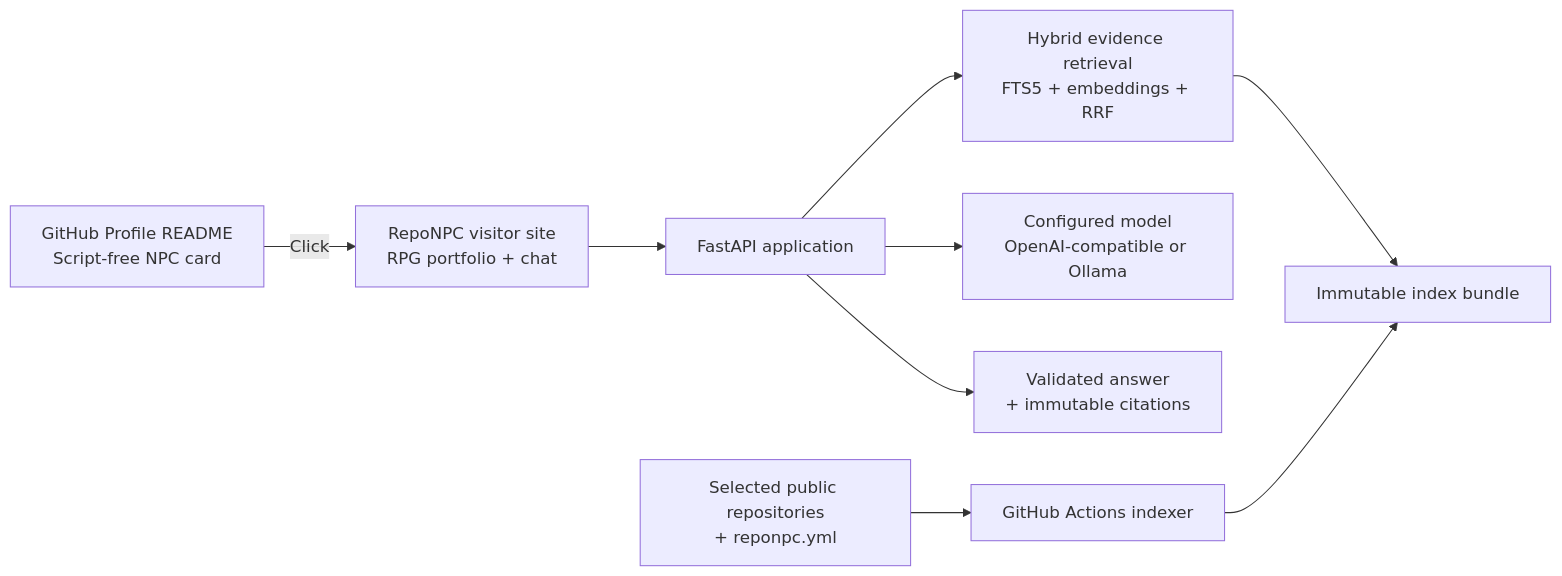
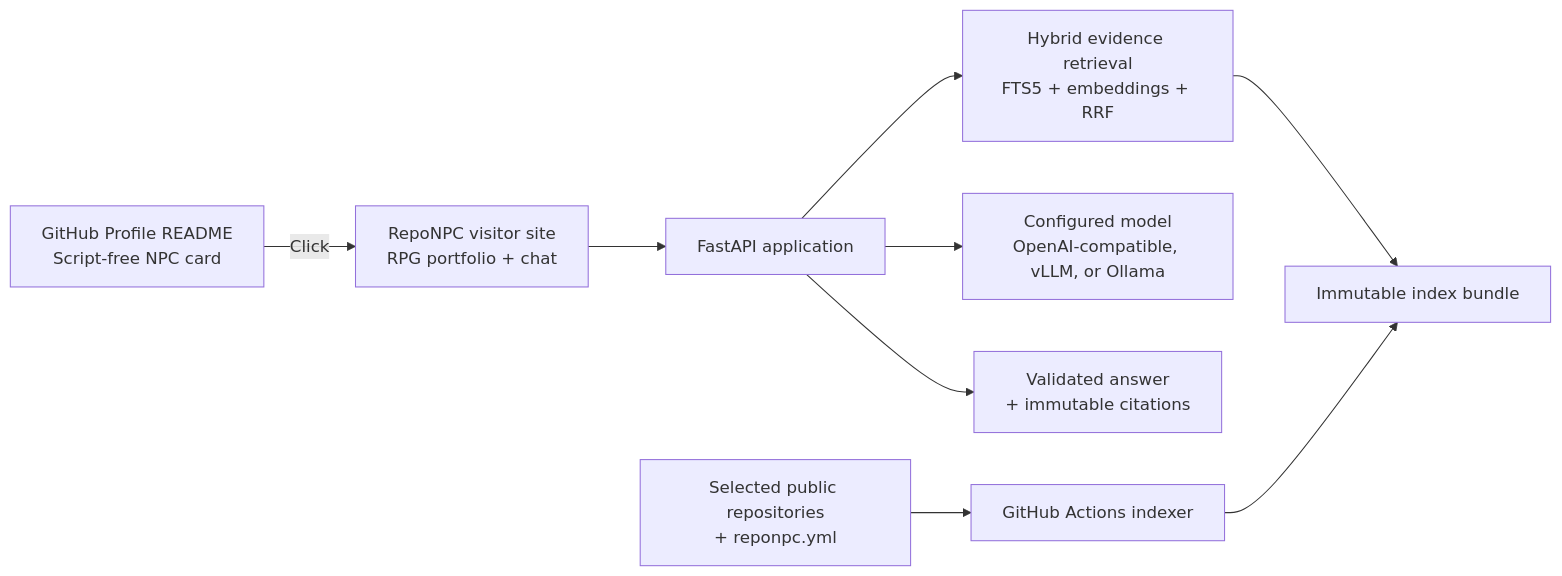
The diagram in README.md (xu-0306/RepoNPC), drawn with Mermaid before and after one commit. The commit also changed other lines of this file and 89 other files, not shown here.

````diff
--- a/README.md
+++ b/README.md
@@ -39,11 +42,11 @@
 ```mermaid
 flowchart LR
     A["GitHub Profile README<br/>Script-free NPC card"] -->|"Click"| B["RepoNPC visitor site<br/>RPG portfolio + chat"]
     B --> C["FastAPI application"]
     C --> D["Hybrid evidence retrieval<br/>FTS5 + embeddings + RRF"]
     D --> E["Immutable index bundle"]
     F["Selected public repositories<br/>+ reponpc.yml"] --> G["GitHub Actions indexer"]
     G --> E
-    C --> H["Configured model<br/>OpenAI-compatible or Ollama"]
+    C --> H["Configured model<br/>OpenAI-compatible, vLLM, or Ollama"]
     C --> I["Validated answer<br/>+ immutable citations"]
 ```
````
